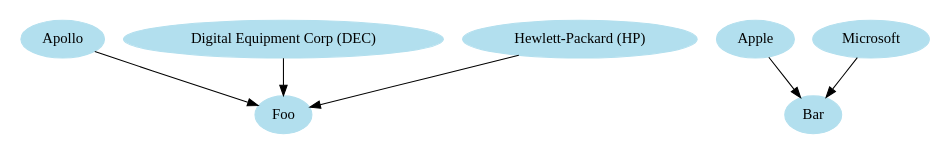
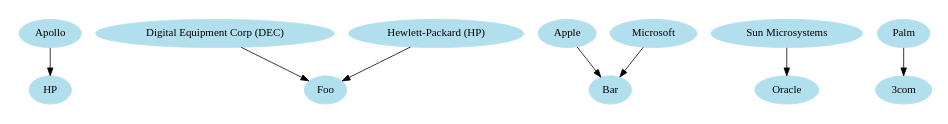
The diagram in tech-companies.dot (codejake/tech-companies-family-tree), drawn with Graphviz before and after one commit.

```diff
--- a/tech-companies.dot
+++ b/tech-companies.dot
@@ -1,9 +1,11 @@
 digraph techcompanies {
     size="6,6";
     node [color=lightblue2, style=filled];
-    "Apollo" -> "Foo";
+    "Apollo" -> "HP"; /* Founded 1980, Acquired 1989 */
     "Digital Equipment Corp (DEC)" -> "Foo";
     "Hewlett-Packard (HP)" -> "Foo";
     "Apple" -> "Bar";
     "Microsoft" -> "Bar";
+    "Sun Microsystems" -> "Oracle";
+    "Palm" -> "3com";
 }
```
